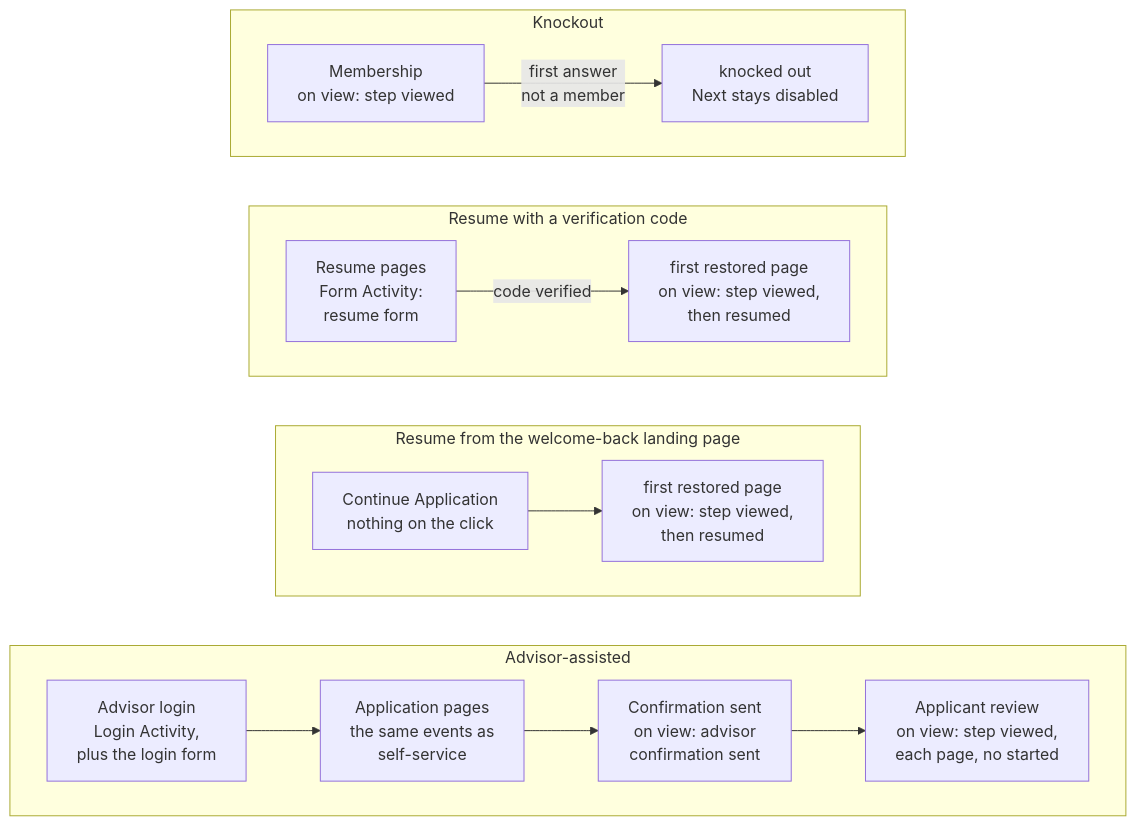
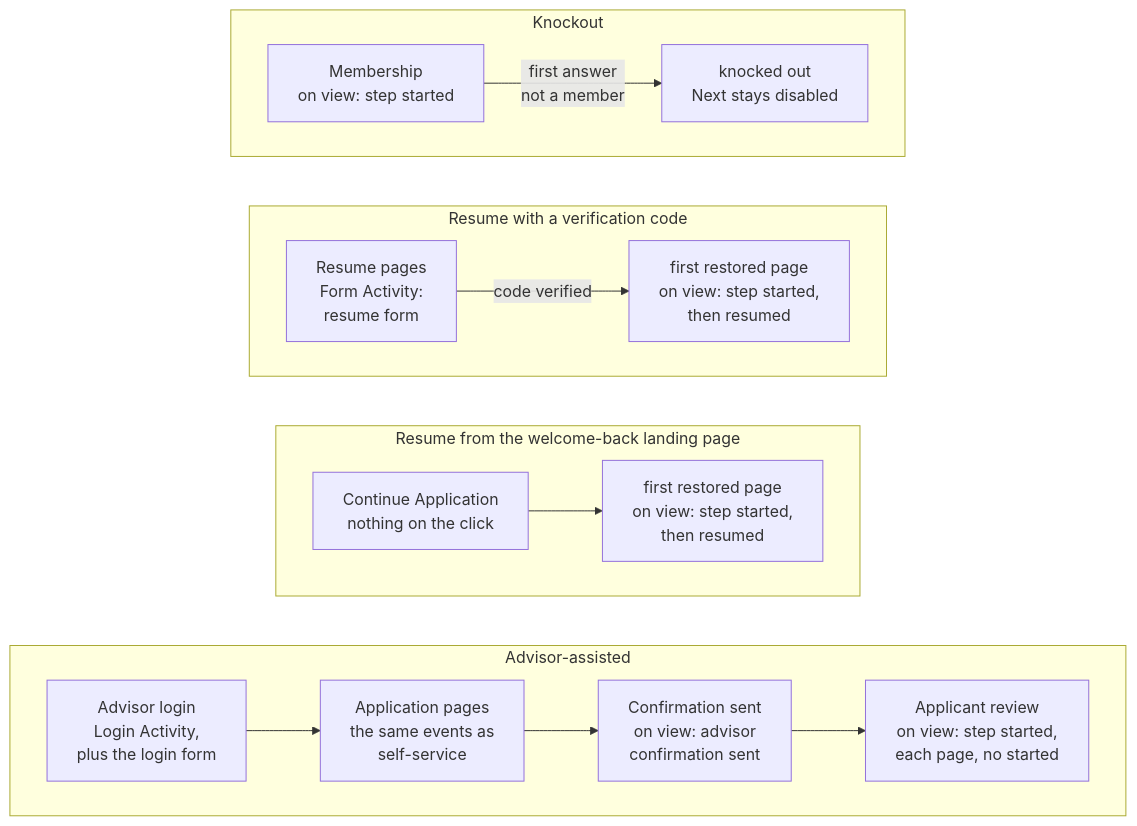
Before and after one commit to further-external/client-nyl-gmad-dl-spec: the second of 2 diagrams in application-journey.md, drawn with Mermaid. The commit also changed other lines of this file and 13 other files, not shown here.

````diff
--- a/application-journey.md
+++ b/application-journey.md
@@ -59,20 +59,20 @@
 ```mermaid
 flowchart TB
   subgraph KO["Knockout"]
     direction LR
-    K1["Membership<br/>on view: step viewed"] -->|"first answer<br/>not a member"| K2["knocked out<br/>Next stays disabled"]
+    K1["Membership<br/>on view: step started"] -->|"first answer<br/>not a member"| K2["knocked out<br/>Next stays disabled"]
   end
   subgraph RC["Resume with a verification code"]
     direction LR
-    R1["Resume pages<br/>Form Activity:<br/>resume form"] -->|"code verified"| R2["first restored page<br/>on view: step viewed,<br/>then resumed"]
+    R1["Resume pages<br/>Form Activity:<br/>resume form"] -->|"code verified"| R2["first restored page<br/>on view: step started,<br/>then resumed"]
   end
   subgraph WB["Resume from the welcome-back landing page"]
     direction LR
-    W1["Continue Application<br/>nothing on the click"] --> W2["first restored page<br/>on view: step viewed,<br/>then resumed"]
+    W1["Continue Application<br/>nothing on the click"] --> W2["first restored page<br/>on view: step started,<br/>then resumed"]
   end
   subgraph AD["Advisor-assisted"]
     direction LR
-    A1["Advisor login<br/>Login Activity,<br/>plus the login form"] --> A2["Application pages<br/>the same events as<br/>self-service"] --> A3["Confirmation sent<br/>on view: advisor<br/>confirmation sent"] --> A4["Applicant review<br/>on view: step viewed,<br/>each page, no started"]
+    A1["Advisor login<br/>Login Activity,<br/>plus the login form"] --> A2["Application pages<br/>the same events as<br/>self-service"] --> A3["Confirmation sent<br/>on view: advisor<br/>confirmation sent"] --> A4["Applicant review<br/>on view: step started,<br/>each page, no started"]
   end
   KO ~~~ RC ~~~ WB ~~~ AD
 ```
````
